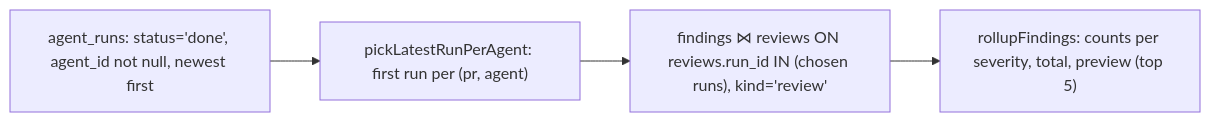
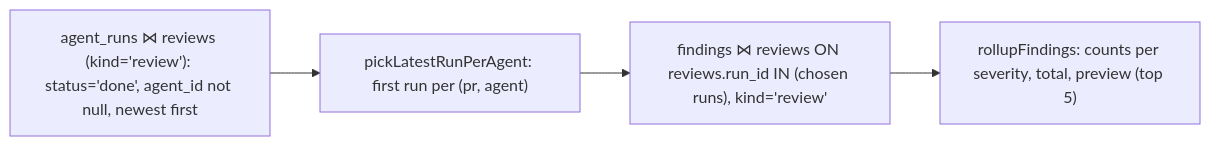
Before and after one commit to mshcherb/dev-digest: the first of 2 diagrams in server/docs/pr-list-aggregates.md, drawn with Mermaid. The commit also changed other lines of this file and 27 other files, not shown here.

````diff
--- a/server/docs/pr-list-aggregates.md
+++ b/server/docs/pr-list-aggregates.md
@@ -42,6 +42,6 @@
 ```mermaid
 flowchart LR
-  R["agent_runs: status='done', agent_id not null, newest first"] --> P["pickLatestRunPerAgent: first run per (pr, agent)"]
+  R["agent_runs ⋈ reviews (kind='review'): status='done', agent_id not null, newest first"] --> P["pickLatestRunPerAgent: first run per (pr, agent)"]
   P --> F["findings ⋈ reviews ON reviews.run_id IN (chosen runs), kind='review'"]
   F --> U["rollupFindings: counts per severity, total, preview (top 5)"]
 ```
````
